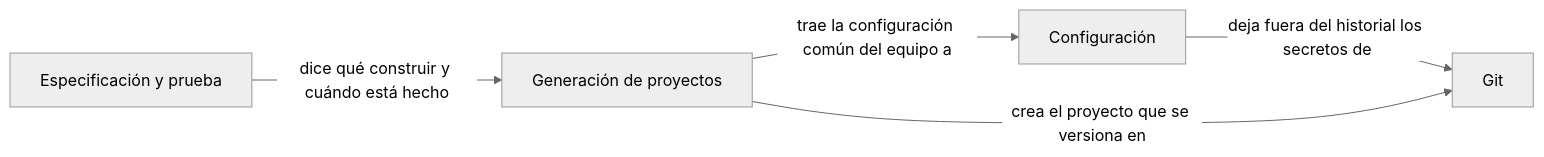
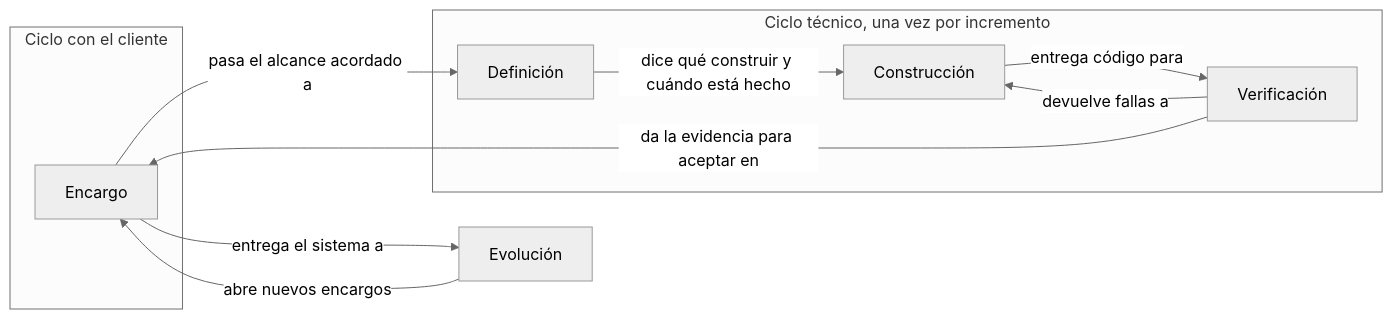
Before and after one commit to mtsdlf/conocimiento: the diagram in Desarrollo/desarrollo.md, drawn with Mermaid (neutral theme). The commit also changed other lines of this file and 86 other files, not shown here.

````diff
--- a/Desarrollo/desarrollo.md
+++ b/Desarrollo/desarrollo.md
@@ -30,7 +31,15 @@
 ```mermaid
 flowchart LR
-  E[Especificación y prueba] -->|dice qué construir y cuándo está hecho| G[Generación de proyectos]
-  G -->|trae la configuración común del equipo a| C[Configuración]
-  C -->|deja fuera del historial los secretos de| V[Git]
-  G -->|crea el proyecto que se versiona en| V
+  subgraph Cliente[Ciclo con el cliente]
+    EN[Encargo]
+  end
+  subgraph Tecnico[Ciclo técnico, una vez por incremento]
+    DE[Definición] -->|dice qué construir y cuándo está hecho| CO[Construcción]
+    CO -->|entrega código para| VE[Verificación]
+    VE -->|devuelve fallas a| CO
+  end
+  EN -->|pasa el alcance acordado a| DE
+  VE -->|da la evidencia para aceptar en| EN
+  EN -->|entrega el sistema a| EV[Evolución]
+  EV -->|abre nuevos encargos| EN
 ```
````
